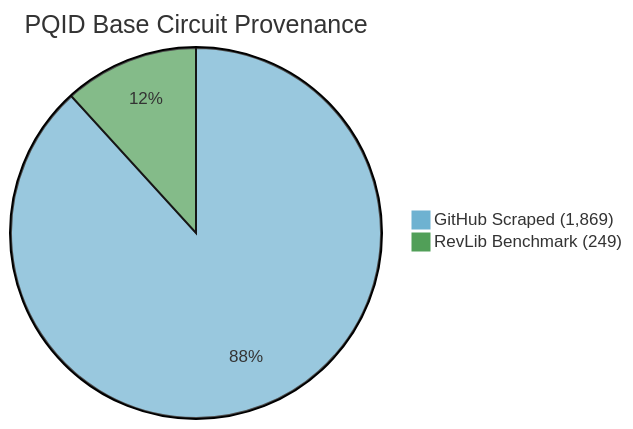
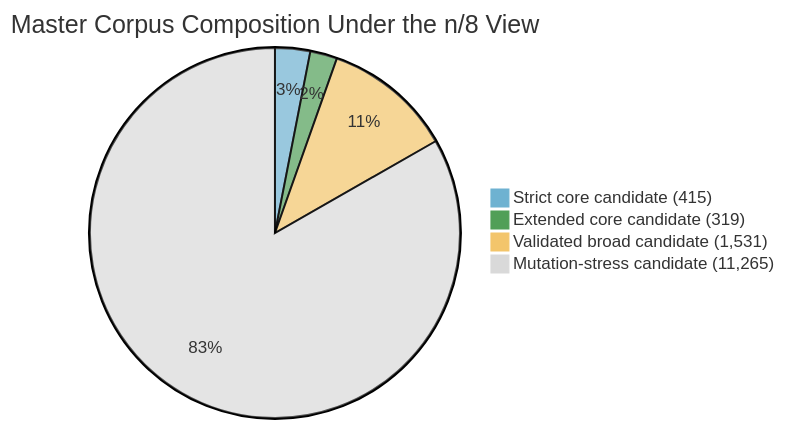
One commit to Elias-Abebe-Gasparini/PQID-Dataset changed the fourth of 4 diagrams in README.md. Above: the diagram before and after it, drawn with Mermaid. The commit also changed other lines of this file and 128 other files, not shown here.

````diff
--- a/README.md
+++ b/README.md
@@ -199,6 +285,8 @@
 ```mermaid
-%%{init: {'theme': 'base', 'themeVariables': { 'pie1': '#6eb2d1', 'pie2': '#519f58'}}}%%
-pie title PQID Base Circuit Provenance
-    "GitHub Scraped (1,869)" : 1869
-    "RevLib Benchmark (249)" : 249
+%%{init: {'theme': 'base', 'themeVariables': { 'pie1': '#6eb2d1', 'pie2': '#519f58', 'pie3': '#f3c56b', 'pie4': '#d9d9d9'}}}%%
+pie title Master Corpus Composition Under the n/8 View
+    "Strict core candidate (415)" : 415
+    "Extended core candidate (319)" : 319
+    "Validated broad candidate (1,531)" : 1531
+    "Mutation-stress candidate (11,265)" : 11265
 ```
````
